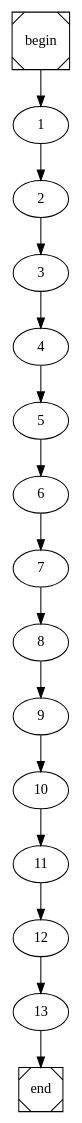
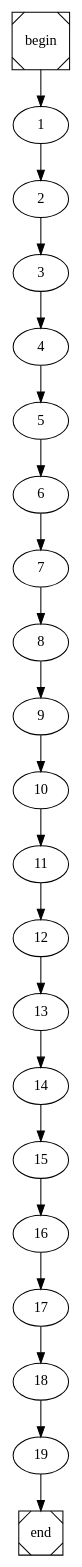
The diagram in build_test_arr.dot (nunores/Java-Compiler), drawn with Graphviz before and after one commit. The commit also changed 10 other files, not shown here.

```diff
--- a/build_test_arr.dot
+++ b/build_test_arr.dot
@@ -1,4 +1,4 @@
 digraph cfg {
 	begin [shape=Msquare];
 	end [shape=Msquare];
-	begin -> 1;	1 -> 2;	2 -> 3;	3 -> 4;	4 -> 5;	5 -> 6;	6 -> 7;	7 -> 8;	8 -> 9;	9 -> 10;	10 -> 11;	11 -> 12;	12 -> 13;	13 -> end;}
+	begin -> 1;	1 -> 2;	2 -> 3;	3 -> 4;	4 -> 5;	5 -> 6;	6 -> 7;	7 -> 8;	8 -> 9;	9 -> 10;	10 -> 11;	11 -> 12;	12 -> 13;	13 -> 14;	14 -> 15;	15 -> 16;	16 -> 17;	17 -> 18;	18 -> 19;	19 -> end;}
```
